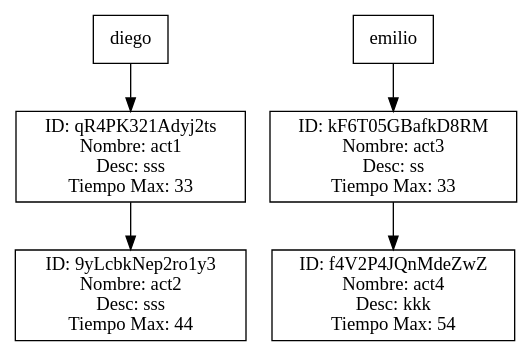
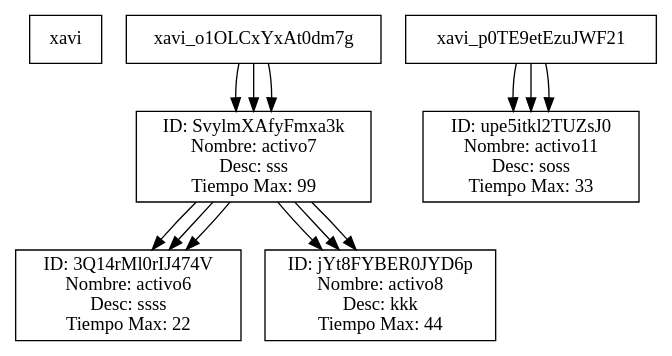
One commit to DavidVelasquez77/EDD_PROYECTO1 changed the diagram in output/reporte_activos_departamento.dot. Above: the diagram before and after it, drawn with Graphviz. The commit also changed 5 other files, not shown here.

```diff
--- a/output/reporte_activos_departamento.dot
+++ b/output/reporte_activos_departamento.dot
@@ -1,14 +1,31 @@
 digraph ArbolActivos {
     node [shape=rectangle];
     rankdir=TB;
-    "diego" [label="diego"];
-    "diego_qR4PK321Adyj2ts" [label="ID: qR4PK321Adyj2ts\nNombre: act1\nDesc: sss\nTiempo Max: 33"];
-    "diego" -> "diego_qR4PK321Adyj2ts";
-    "diego_9yLcbkNep2ro1y3" [label="ID: 9yLcbkNep2ro1y3\nNombre: act2\nDesc: sss\nTiempo Max: 44"];
-    "diego_qR4PK321Adyj2ts" -> "diego_9yLcbkNep2ro1y3";
-    "emilio" [label="emilio"];
-    "emilio_kF6T05GBafkD8RM" [label="ID: kF6T05GBafkD8RM\nNombre: act3\nDesc: ss\nTiempo Max: 33"];
-    "emilio" -> "emilio_kF6T05GBafkD8RM";
-    "emilio_f4V2P4JQnMdeZwZ" [label="ID: f4V2P4JQnMdeZwZ\nNombre: act4\nDesc: kkk\nTiempo Max: 54"];
-    "emilio_kF6T05GBafkD8RM" -> "emilio_f4V2P4JQnMdeZwZ";
+    "xavi" [label="xavi"];
+    "xavi_SvylmXAfyFmxa3k" [label="ID: SvylmXAfyFmxa3k\nNombre: activo7\nDesc: sss\nTiempo Max: 99"];
+    "xavi_o1OLCxYxAt0dm7g" -> "xavi_SvylmXAfyFmxa3k";
+    "xavi_3Q14rMl0rIJ474V" [label="ID: 3Q14rMl0rIJ474V\nNombre: activo6\nDesc: ssss\nTiempo Max: 22"];
+    "xavi_SvylmXAfyFmxa3k" -> "xavi_3Q14rMl0rIJ474V";
+    "xavi_jYt8FYBER0JYD6p" [label="ID: jYt8FYBER0JYD6p\nNombre: activo8\nDesc: kkk\nTiempo Max: 44"];
+    "xavi_SvylmXAfyFmxa3k" -> "xavi_jYt8FYBER0JYD6p";
+    "xavi_upe5itkl2TUZsJ0" [label="ID: upe5itkl2TUZsJ0\nNombre: activo11\nDesc: soss\nTiempo Max: 33"];
+    "xavi_p0TE9etEzuJWF21" -> "xavi_upe5itkl2TUZsJ0";
+    "xavi" [label="xavi"];
+    "xavi_SvylmXAfyFmxa3k" [label="ID: SvylmXAfyFmxa3k\nNombre: activo7\nDesc: sss\nTiempo Max: 99"];
+    "xavi_o1OLCxYxAt0dm7g" -> "xavi_SvylmXAfyFmxa3k";
+    "xavi_3Q14rMl0rIJ474V" [label="ID: 3Q14rMl0rIJ474V\nNombre: activo6\nDesc: ssss\nTiempo Max: 22"];
+    "xavi_SvylmXAfyFmxa3k" -> "xavi_3Q14rMl0rIJ474V";
+    "xavi_jYt8FYBER0JYD6p" [label="ID: jYt8FYBER0JYD6p\nNombre: activo8\nDesc: kkk\nTiempo Max: 44"];
+    "xavi_SvylmXAfyFmxa3k" -> "xavi_jYt8FYBER0JYD6p";
+    "xavi_upe5itkl2TUZsJ0" [label="ID: upe5itkl2TUZsJ0\nNombre: activo11\nDesc: soss\nTiempo Max: 33"];
+    "xavi_p0TE9etEzuJWF21" -> "xavi_upe5itkl2TUZsJ0";
+    "xavi" [label="xavi"];
+    "xavi_SvylmXAfyFmxa3k" [label="ID: SvylmXAfyFmxa3k\nNombre: activo7\nDesc: sss\nTiempo Max: 99"];
+    "xavi_o1OLCxYxAt0dm7g" -> "xavi_SvylmXAfyFmxa3k";
+    "xavi_3Q14rMl0rIJ474V" [label="ID: 3Q14rMl0rIJ474V\nNombre: activo6\nDesc: ssss\nTiempo Max: 22"];
+    "xavi_SvylmXAfyFmxa3k" -> "xavi_3Q14rMl0rIJ474V";
+    "xavi_jYt8FYBER0JYD6p" [label="ID: jYt8FYBER0JYD6p\nNombre: activo8\nDesc: kkk\nTiempo Max: 44"];
+    "xavi_SvylmXAfyFmxa3k" -> "xavi_jYt8FYBER0JYD6p";
+    "xavi_upe5itkl2TUZsJ0" [label="ID: upe5itkl2TUZsJ0\nNombre: activo11\nDesc: soss\nTiempo Max: 33"];
+    "xavi_p0TE9etEzuJWF21" -> "xavi_upe5itkl2TUZsJ0";
 }
```
